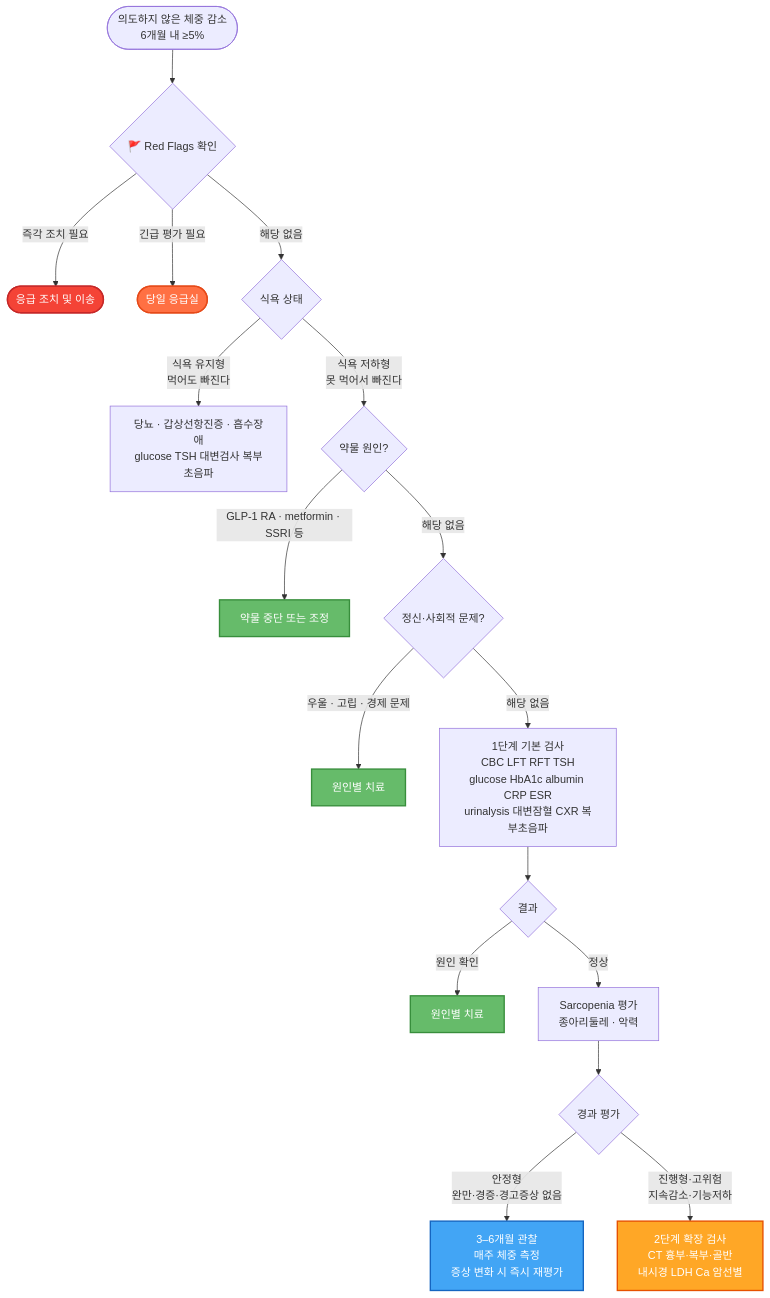
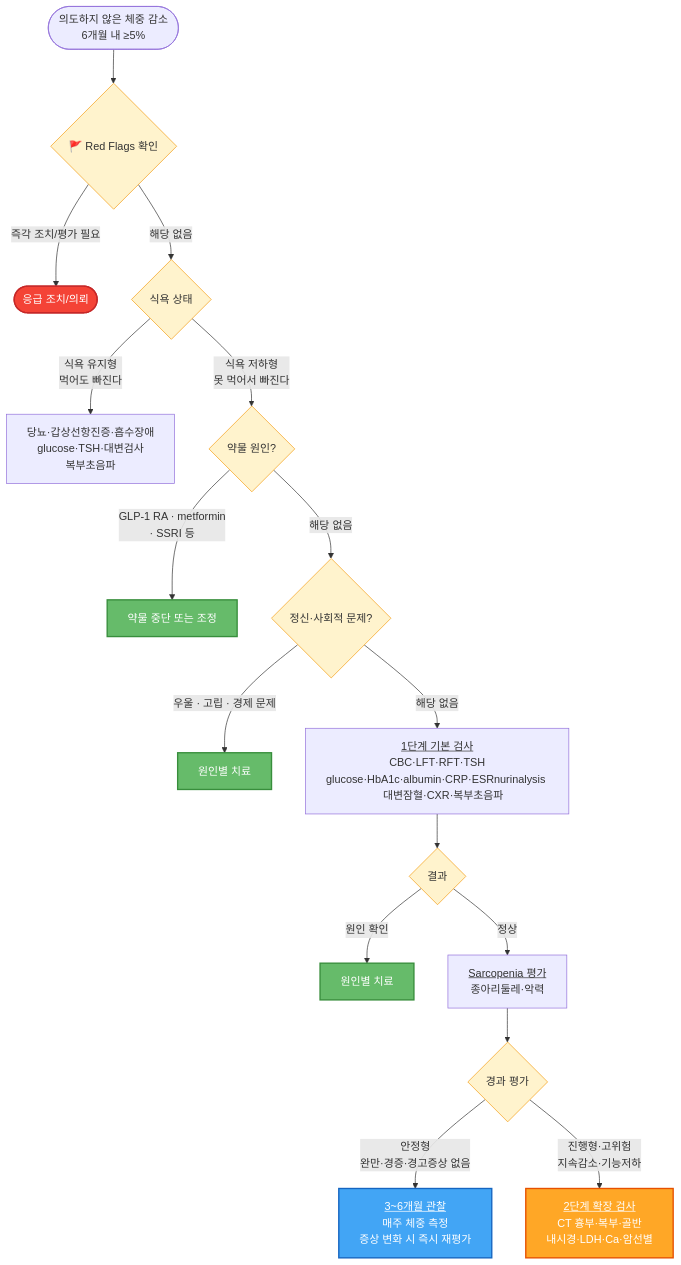
The diagram in 220_/013_-weight-loss.md (familyoh77/familyoh77), drawn with Mermaid before and after one commit. The commit also changed other lines of this file, not shown here.

````diff
--- a/220_/013_-weight-loss.md
+++ b/220_/013_-weight-loss.md
@@ -134,27 +137,27 @@
 ```mermaid
 graph TD
-    A([의도하지 않은 체중 감소\n6개월 내 ≥5%]) --> B{🚩 Red Flags 확인}
-    B -->|즉각 조치 필요| C([응급 조치 및 이송])
-    B -->|긴급 평가 필요| D([당일 응급실])
+    A([의도하지 않은 체중 감소</br>6개월 내 ≥5%]) --> B{🚩 Red Flags 확인}
+    B -->|즉각 조치/평가 필요| C([응급 조치/의뢰])
     B -->|해당 없음| E{식욕 상태}
-    E -->|식욕 유지형\n먹어도 빠진다| F["당뇨 · 갑상선항진증 · 흡수장애\nglucose TSH 대변검사 복부초음파"]
-    E -->|식욕 저하형\n못 먹어서 빠진다| G{약물 원인?}
-    G -->|GLP-1 RA · metformin · SSRI 등| H[약물 중단 또는 조정]
+    E -->|식욕 유지형</br>먹어도 빠진다| F["당뇨·갑상선항진증·흡수장애</br>glucose·TSH·대변검사<br/> 복부초음파"]
+    E -->|식욕 저하형</br>못 먹어서 빠진다| G{약물 원인?}
+    G -->|GLP-1 RA · metformin </br>· SSRI 등| H[약물 중단 또는 조정]
     G -->|해당 없음| I{정신·사회적 문제?}
     I -->|우울 · 고립 · 경제 문제| J[원인별 치료]
-    I -->|해당 없음| K["1단계 기본 검사\nCBC LFT RFT TSH\nglucose HbA1c albumin CRP ESR\nurinalysis 대변잠혈 CXR 복부초음파"]
+    I -->|해당 없음| K["<u>1단계 기본 검사</u></br>CBC·LFT·RFT·TSH</br>glucose·HbA1c·albumin·CRP·ESRnurinalysis 
+    대변잠혈·CXR·복부초음파"]
     K --> L{결과}
     L -->|원인 확인| M[원인별 치료]
-    L -->|정상| N["Sarcopenia 평가\n종아리둘레 · 악력"]
+    L -->|정상| N["<u>Sarcopenia 평가</u></br>종아리둘레·악력"]
     N --> O{경과 평가}
-    O -->|안정형\n완만·경증·경고증상 없음| P["3–6개월 관찰\n매주 체중 측정\n증상 변화 시 즉시 재평가"]
-    O -->|진행형·고위험\n지속감소·기능저하| Q["2단계 확장 검사\nCT 흉부·복부·골반\n내시경 LDH Ca 암선별"]
+    O -->|안정형</br>완만·경증·경고증상 없음| P["<u>3~6개월 관찰</u></br>매주 체중 측정</br>증상 변화 시 즉시 재평가"]
+    O -->|진행형·고위험</br>지속감소·기능저하| Q["<u>2단계 확장 검사</u></br>CT 흉부·복부·골반</br>내시경·LDH·Ca·암선별"]
 
+classDef green fill:#66bb6a,stroke:#388e3c,color:#fff,stroke-width:2px
+class H,J,M green
+classDef yellow fill:#fff3cd,stroke:#f39c12
+class B,E,G,I,L,O yellow
     style C fill:#f44336,stroke:#c62828,color:#fff,stroke-width:2px
-    style D fill:#ff7043,stroke:#e64a19,color:#fff,stroke-width:2px
-    style H fill:#66bb6a,stroke:#388e3c,color:#fff,stroke-width:2px
-    style J fill:#66bb6a,stroke:#388e3c,color:#fff,stroke-width:2px
-    style M fill:#66bb6a,stroke:#388e3c,color:#fff,stroke-width:2px
     style P fill:#42a5f5,stroke:#1565c0,color:#fff,stroke-width:2px
     style Q fill:#ffa726,stroke:#e65100,color:#fff,stroke-width:2px
 ```
````
